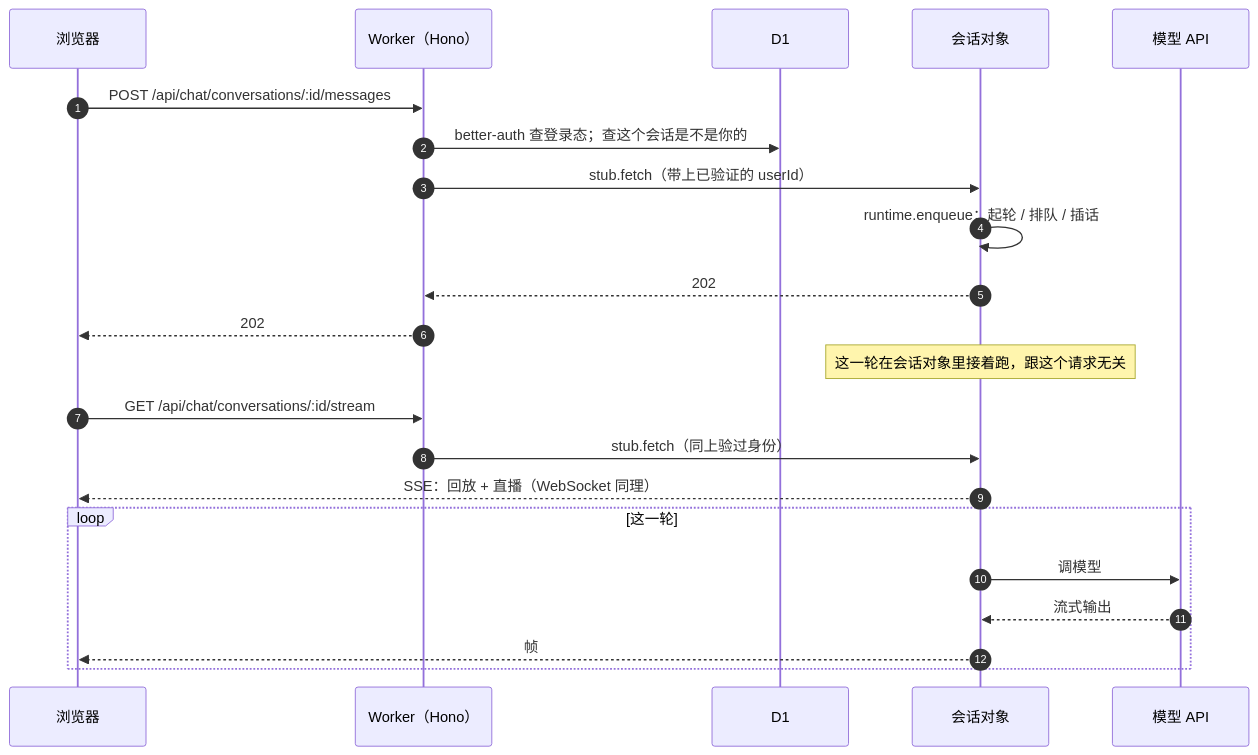
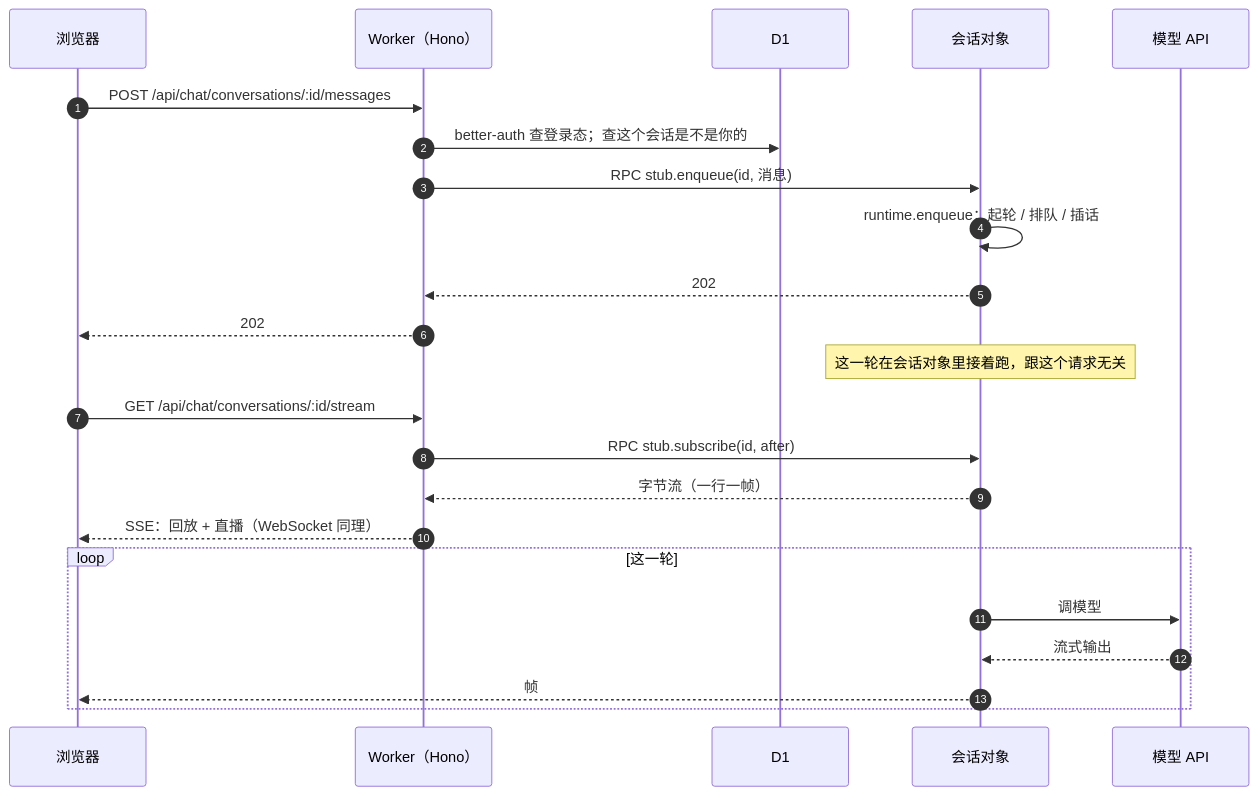
Before and after one commit to ludafa/runko: the third of 5 diagrams in docs/host/cloudflare/tech/chat-on-cloudflare.md, drawn with Mermaid. The commit also changed other lines of this file and 5 other files, not shown here.

````diff
--- a/docs/host/cloudflare/tech/chat-on-cloudflare.md
+++ b/docs/host/cloudflare/tech/chat-on-cloudflare.md
@@ -82,25 +102,26 @@
 ```mermaid
 sequenceDiagram
   autonumber
   participant B as 浏览器
   participant W as Worker（Hono）
   participant D as D1
   participant C as 会话对象
   participant M as 模型 API
 
   B->>W: POST /api/chat/conversations/:id/messages
   W->>D: better-auth 查登录态；查这个会话是不是你的
-  W->>C: stub.fetch（带上已验证的 userId）
+  W->>C: RPC stub.enqueue(id, 消息)
   C->>C: runtime.enqueue：起轮 / 排队 / 插话
   C-->>W: 202
   W-->>B: 202
   Note over C: 这一轮在会话对象里接着跑，跟这个请求无关
   B->>W: GET /api/chat/conversations/:id/stream
-  W->>C: stub.fetch（同上验过身份）
-  C-->>B: SSE：回放 + 直播（WebSocket 同理）
+  W->>C: RPC stub.subscribe(id, after)
+  C-->>W: 字节流（一行一帧）
+  W-->>B: SSE：回放 + 直播（WebSocket 同理）
   loop 这一轮
     C->>M: 调模型
     M-->>C: 流式输出
     C-->>B: 帧
   end
 ```
````
